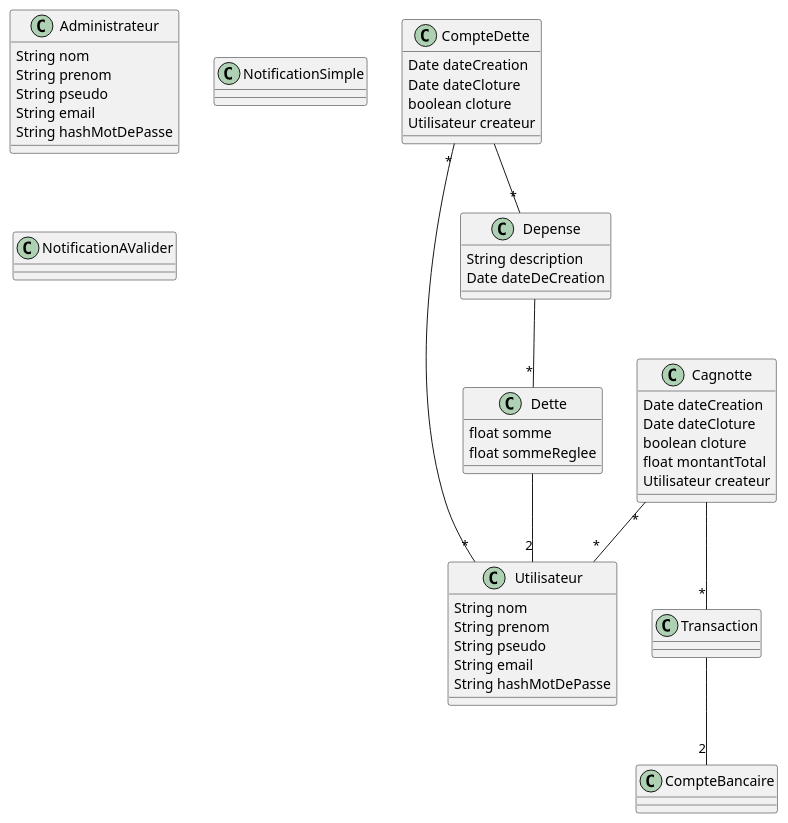
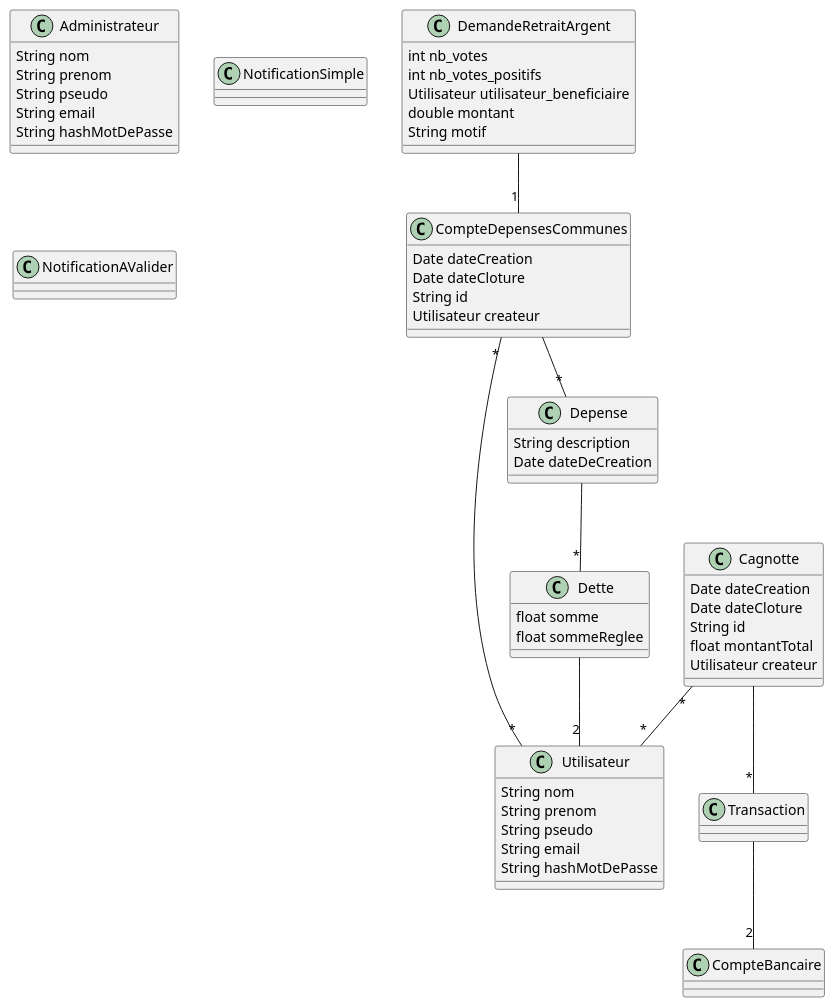
Before and after one commit to lmtb06/sharecount: the diagram in diagrammes/specification/description-donnees/classes.puml, drawn with PlantUML. The commit also changed 24 other files, not shown here.

Commit message:
Mis à jour diagramme de séquence et de cas d'utilisation

```diff
--- a/diagrammes/specification/description-donnees/classes.puml
+++ b/diagrammes/specification/description-donnees/classes.puml
@@ -1,69 +1,78 @@
 @startuml Classes
 
 	class Utilisateur {
 		String nom
 		String prenom
 		String pseudo
 		String email
 		String hashMotDePasse
 	}
 
 	class Administrateur {
 		String nom
 		String prenom
 		String pseudo
 		String email
 		String hashMotDePasse
 	}
 
 	class Cagnotte {
 		Date dateCreation
 		Date dateCloture
-		boolean cloture
+		String id
 		float montantTotal
 		Utilisateur createur
 	}
 
 	Cagnotte "*"--"*" Utilisateur
 	Cagnotte --"*" Transaction
 
-	class CompteDette {
+	class CompteDepensesCommunes {
 		Date dateCreation
 		Date dateCloture
-		boolean cloture
+		String id
 		Utilisateur createur
 	}
-	CompteDette "*"--"*" Utilisateur
-	CompteDette --"*" Depense
+	CompteDepensesCommunes "*"--"*" Utilisateur
+	CompteDepensesCommunes --"*" Depense
 
 	class Depense {
 		String description
 		Date dateDeCreation
 	}
 	Depense --"*" Dette
 
 	class Dette {
 		float somme
 		float sommeReglee
 	}
 	Dette --"2" Utilisateur
 
 	class Transaction {
 
 	}
 
 	Transaction --"2" CompteBancaire
 
 	class CompteBancaire {
 
 	}
 
 	class NotificationSimple {
 
 	}
 
 	class NotificationAValider {
 
 	}
 
+	class DemandeRetraitArgent {
+		int nb_votes
+		int nb_votes_positifs
+		Utilisateur utilisateur_beneficiaire
+		double montant
+		String motif
+	}
+	DemandeRetraitArgent --"1" CompteDepensesCommunes
+
 @enduml
```
